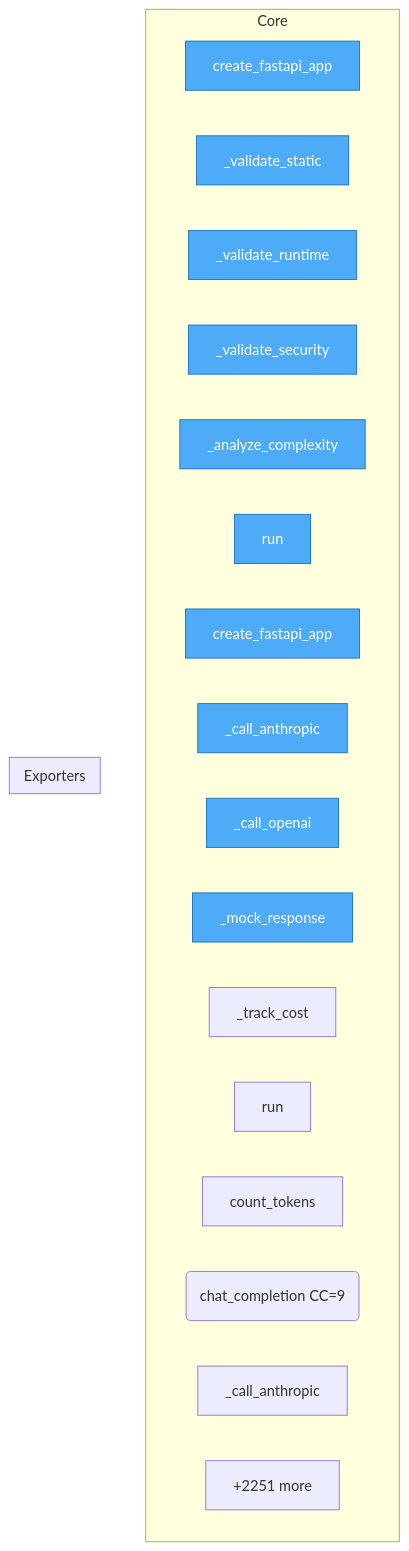
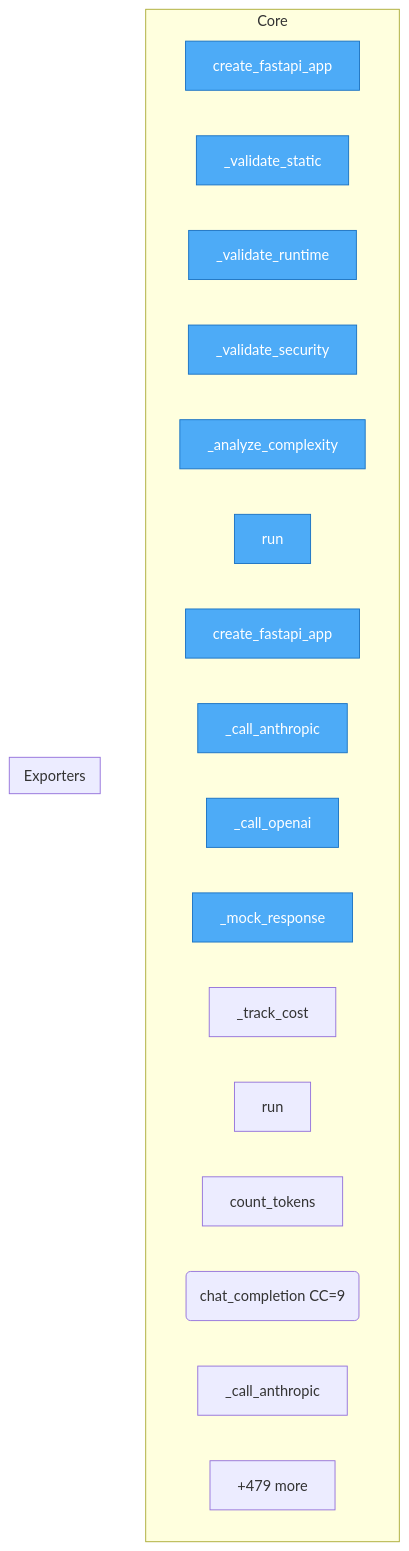
Before and after one commit to semcod/algitex: the diagram in project/flow.mmd, drawn with Mermaid. The commit also changed 36 other files, not shown here.

```diff
--- a/project/flow.mmd
+++ b/project/flow.mmd
@@ -1,28 +1,28 @@
 flowchart TD
 
     %% Entry points (blue)
     classDef entry fill:#4dabf7,stroke:#1971c2,color:#fff
 
     subgraph Core
         docker__vallm__vallm_server__VallmServer__create_fastapi_app["create_fastapi_app"]
         docker__vallm__vallm_server__VallmServer___validate_static["_validate_static"]
         docker__vallm__vallm_server__VallmServer___validate_runtime["_validate_runtime"]
         docker__vallm__vallm_server__VallmServer___validate_security["_validate_security"]
         docker__vallm__vallm_server__VallmServer___analyze_complexity["_analyze_complexity"]
         docker__vallm__vallm_server__VallmServer__run["run"]
         docker__proxym__proxym_server__ProxymServer__create_fastapi_app["create_fastapi_app"]
         docker__proxym__proxym_server__ProxymServer___call_anthropic["_call_anthropic"]
         docker__proxym__proxym_server__ProxymServer___call_openai["_call_openai"]
         docker__proxym__proxym_server__ProxymServer___mock_response["_mock_response"]
         docker__proxym__proxym_server__ProxymServer___track_cost["_track_cost"]
         docker__proxym__proxym_server__ProxymServer__run["run"]
         docker__proxym__proxym_mcp_server__count_tokens["count_tokens"]
         docker__proxym__proxym_mcp_server__chat_completion("chat_completion CC=9")
         docker__proxym__proxym_mcp_server___call_anthropic["_call_anthropic"]
-        ...["+2251 more"]
+        ...["+479 more"]
     end
 
     subgraph Exporters
     end
 
     class docker__vallm__vallm_server__VallmServer__create_fastapi_app,docker__vallm__vallm_server__VallmServer___validate_static,docker__vallm__vallm_server__VallmServer___validate_runtime,docker__vallm__vallm_server__VallmServer___validate_security,docker__vallm__vallm_server__VallmServer___analyze_complexity,docker__vallm__vallm_server__VallmServer__run,docker__proxym__proxym_server__ProxymServer__create_fastapi_app,docker__proxym__proxym_server__ProxymServer___call_anthropic,docker__proxym__proxym_server__ProxymServer___call_openai,docker__proxym__proxym_server__ProxymServer___mock_response entry
```
